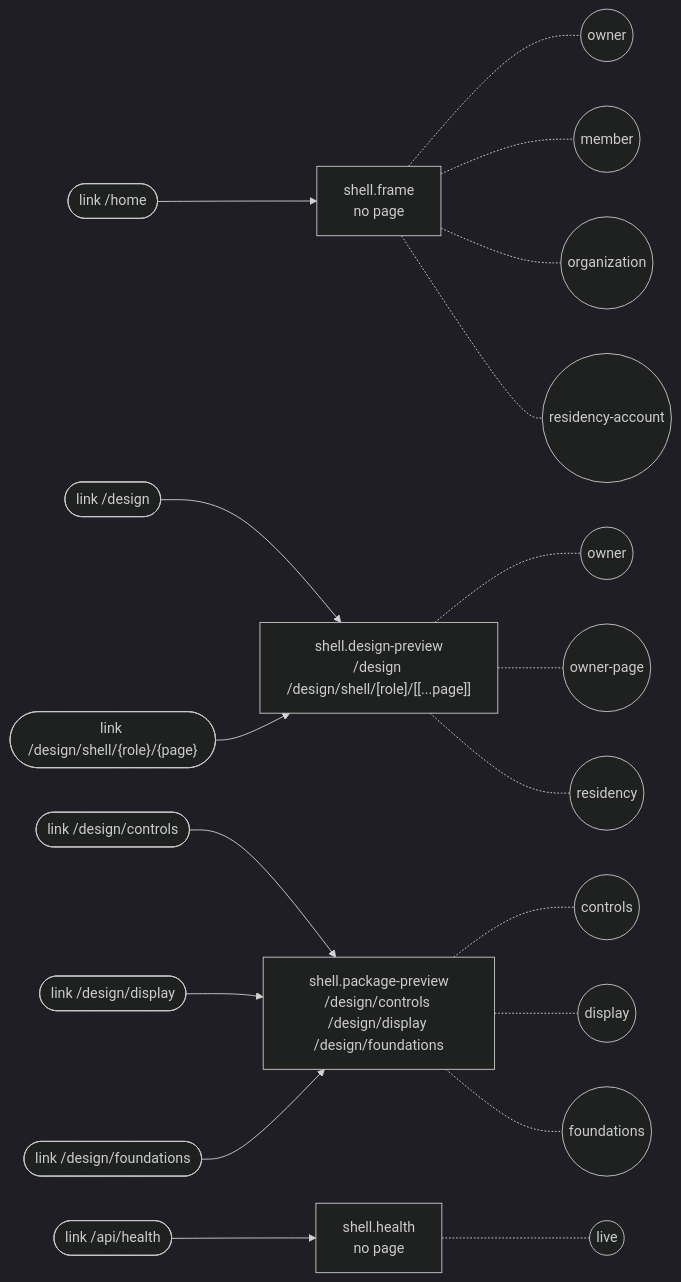
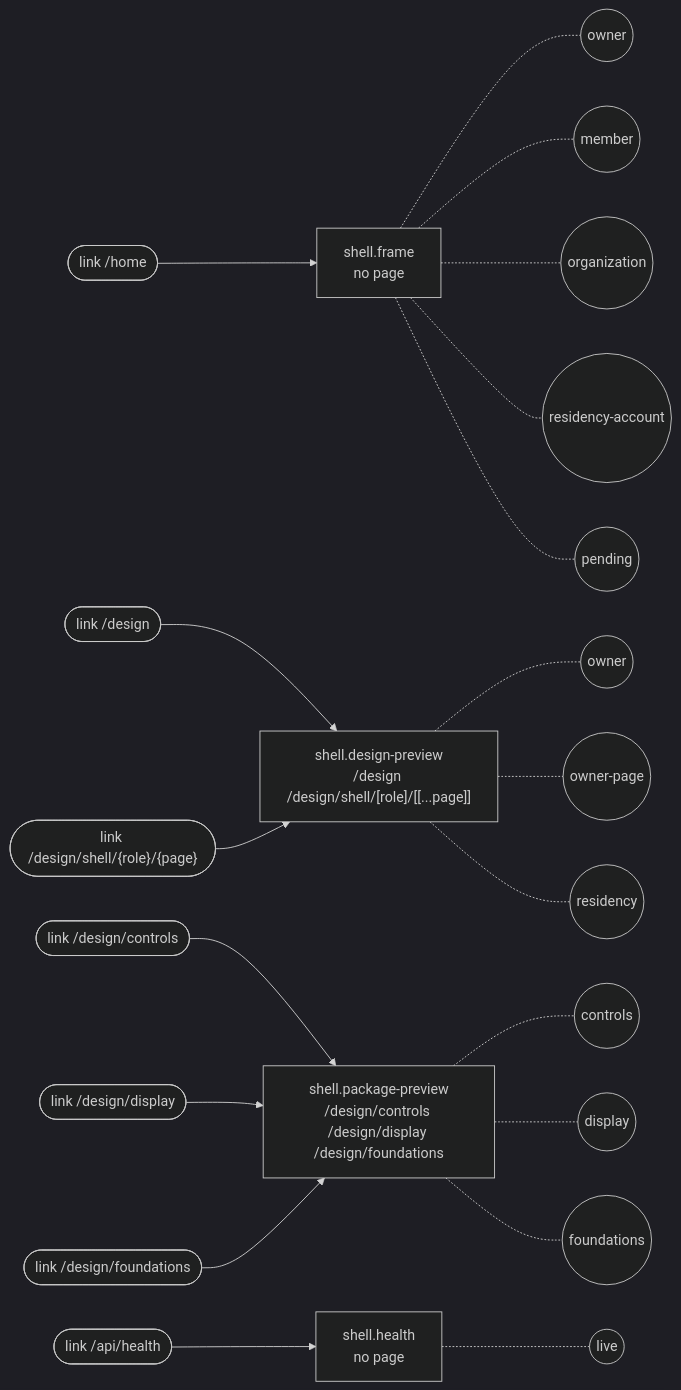
Before and after one commit to SebastianGarces/everyfield: the diagram in docs/feature-maps/shell.md, drawn with Mermaid (dark theme). The commit also changed other lines of this file and 15 other files, not shown here.

````diff
--- a/docs/feature-maps/shell.md
+++ b/docs/feature-maps/shell.md
@@ -6,32 +6,33 @@
 ```mermaid
 flowchart LR
   s0_link0(["link /home"])
   s1_link0(["link /design"])
   s1_link1(["link /design/shell/{role}/{page}"])
   s2_link0(["link /design/controls"])
   s2_link1(["link /design/display"])
   s2_link2(["link /design/foundations"])
   s3_link0(["link /api/health"])
   s0["shell.frame<br/>no page"]
   s0_link0 --> s0
   s0 -.- s0_st0(("owner"))
   s0 -.- s0_st1(("member"))
   s0 -.- s0_st2(("organization"))
   s0 -.- s0_st3(("residency-account"))
+  s0 -.- s0_st4(("pending"))
   s1["shell.design-preview<br/>/design /design/shell/[role]/[[...page]]"]
   s1_link0 --> s1
   s1_link1 --> s1
   s1 -.- s1_st0(("owner"))
   s1 -.- s1_st1(("owner-page"))
   s1 -.- s1_st2(("residency"))
   s2["shell.package-preview<br/>/design/controls /design/display /design/foundations"]
   s2_link0 --> s2
   s2_link1 --> s2
   s2_link2 --> s2
   s2 -.- s2_st0(("controls"))
   s2 -.- s2_st1(("display"))
   s2 -.- s2_st2(("foundations"))
   s3["shell.health<br/>no page"]
   s3_link0 --> s3
   s3 -.- s3_st0(("live"))
 ```
````
